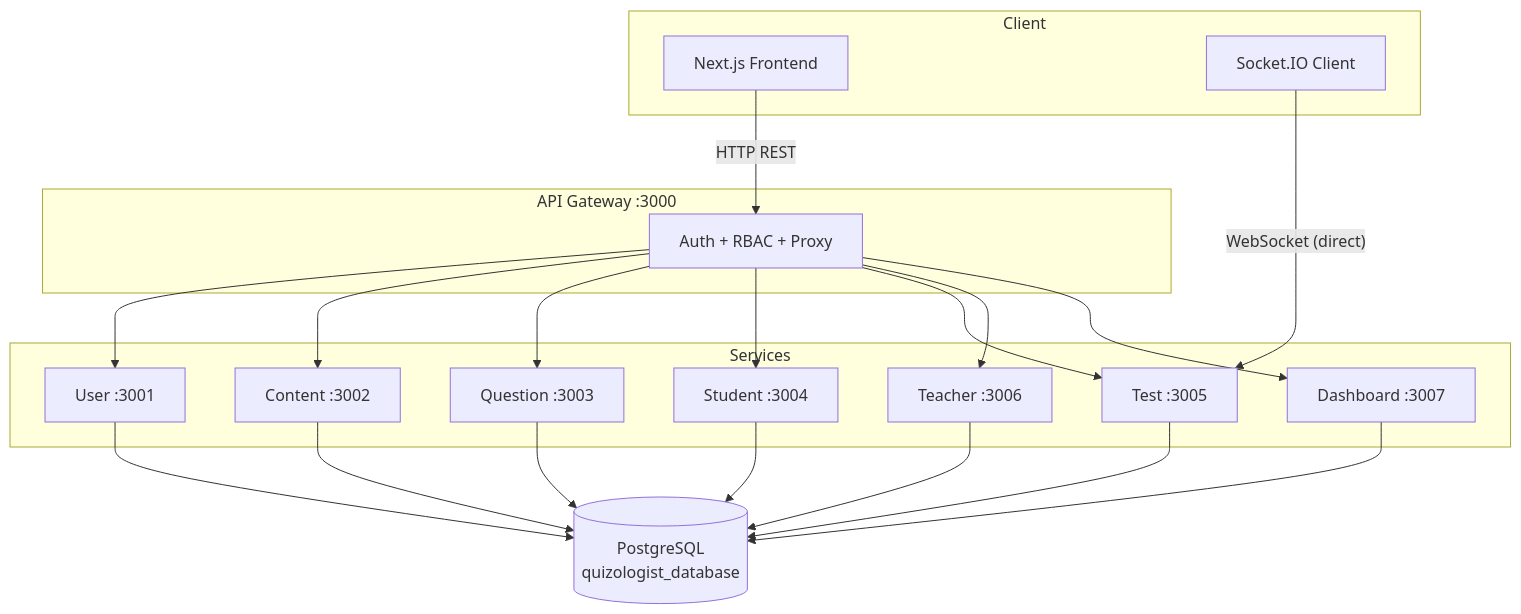
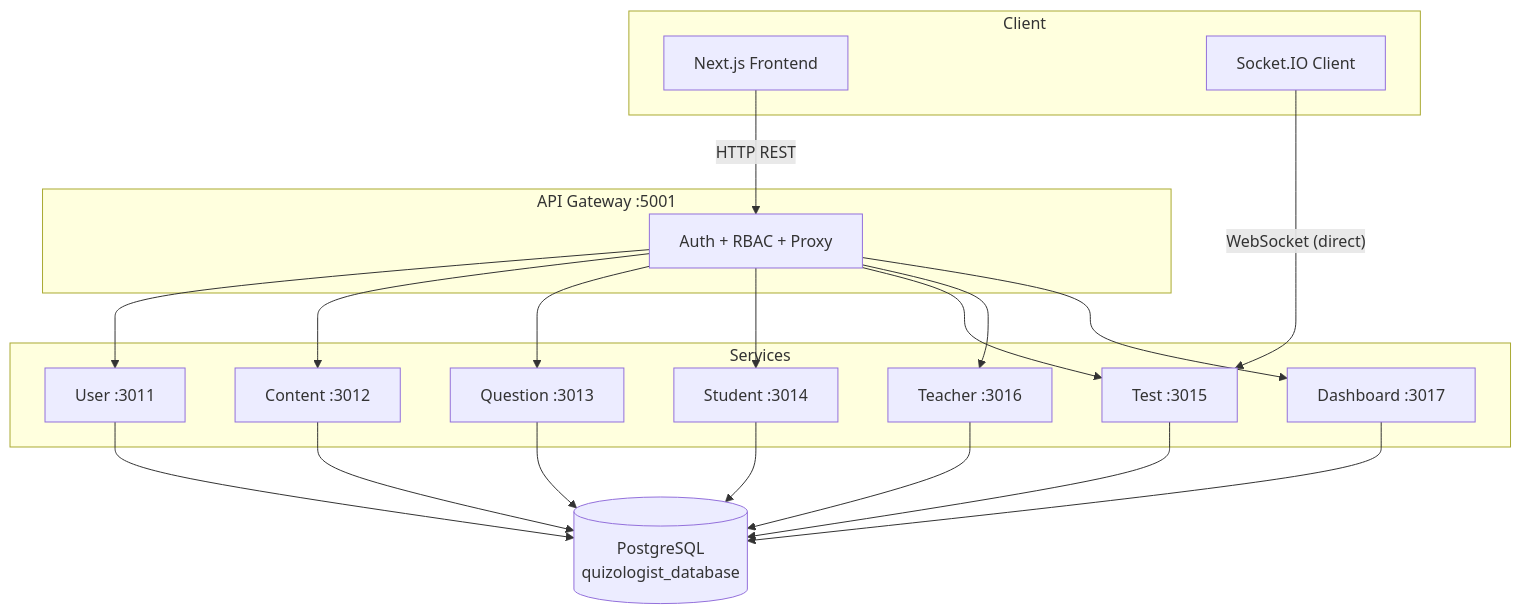
One commit to MrImaginatory/Quizologist changed the diagram in backend/README.md. Above: the diagram before and after it, drawn with Mermaid. The commit also changed other lines of this file and 14 other files, not shown here.

````diff
--- a/backend/README.md
+++ b/backend/README.md
@@ -70,29 +70,29 @@
 ```mermaid
 graph TB
     subgraph "Client"
         FE["Next.js Frontend"]
         SIO["Socket.IO Client"]
     end
 
-    subgraph "API Gateway :3000"
+    subgraph "API Gateway :5001"
         GW["Auth + RBAC + Proxy"]
     end
 
     subgraph "Services"
-        US["User :3001"]
-        CS["Content :3002"]
-        QS["Question :3003"]
-        SS["Student :3004"]
-        TS["Test :3005"]
-        TCH["Teacher :3006"]
-        DS["Dashboard :3007"]
+        US["User :3011"]
+        CS["Content :3012"]
+        QS["Question :3013"]
+        SS["Student :3014"]
+        TS["Test :3015"]
+        TCH["Teacher :3016"]
+        DS["Dashboard :3017"]
     end
 
     DB[("PostgreSQL\nquizologist_database")]
 
     FE -->|"HTTP REST"| GW
     SIO -->|"WebSocket (direct)"| TS
 
     GW --> US & CS & QS & SS & TS & TCH & DS
     US & CS & QS & SS & TS & TCH & DS --> DB
 ```
````
